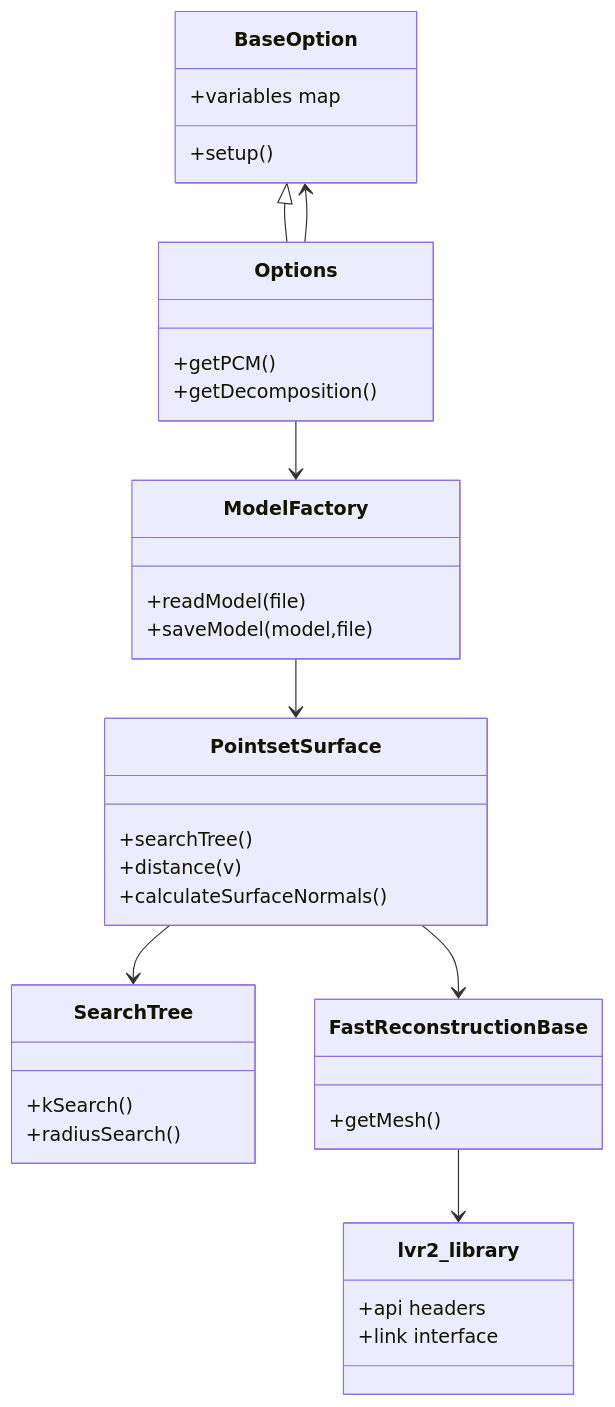
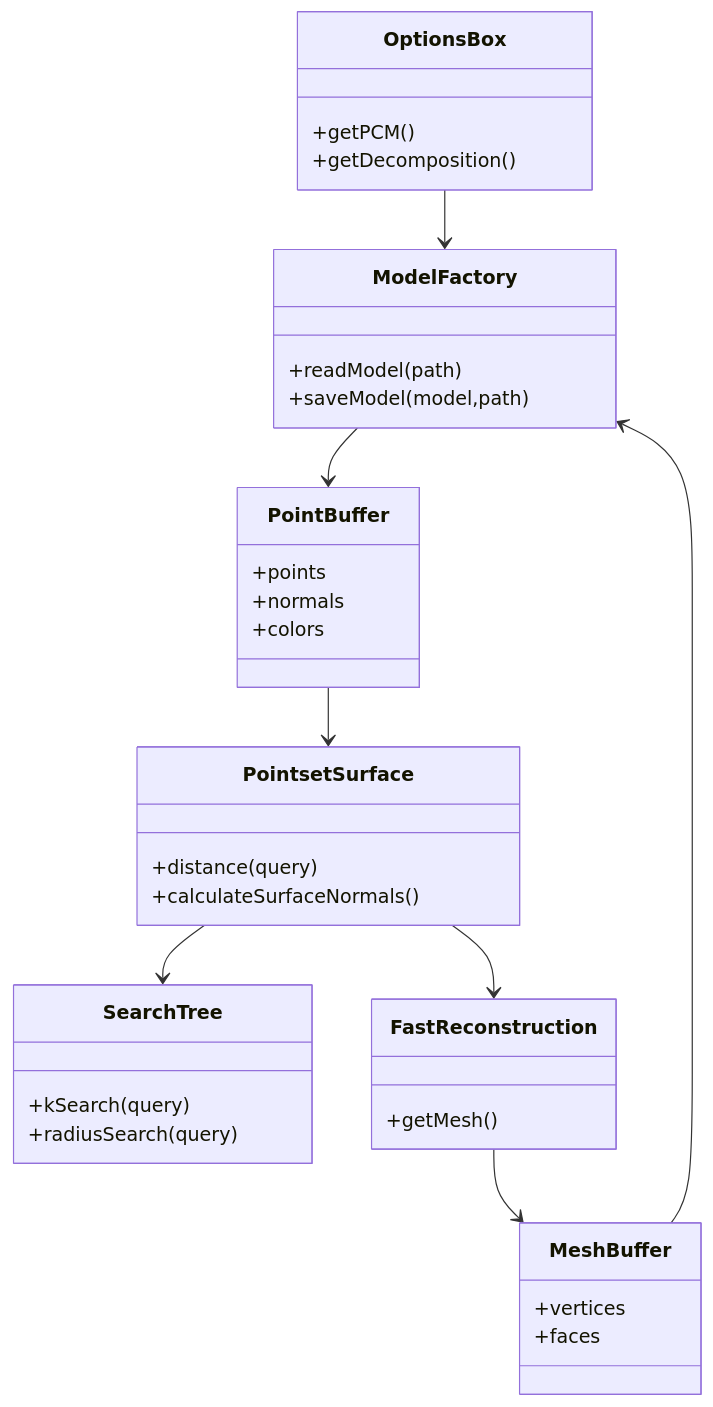
The second of 3 diagrams in docs/architecture.md (LVR-3/lvr3), drawn with Mermaid before and after one commit. The commit also changed other lines of this file and 4 other files, not shown here.

````diff
--- a/docs/architecture.md
+++ b/docs/architecture.md
@@ -42,38 +43,39 @@
 ```mermaid
 classDiagram
-    class BaseOption {
-      +variables map
-      +setup()
-    }
-    class Options {
+    class OptionsBox {
       +getPCM()
       +getDecomposition()
     }
     class ModelFactory {
-      +readModel(file)
-      +saveModel(model,file)
+      +readModel(path)
+      +saveModel(model,path)
+    }
+    class PointBuffer {
+      +points
+      +normals
+      +colors
     }
     class PointsetSurface {
-      +searchTree()
-      +distance(v)
+      +distance(query)
       +calculateSurfaceNormals()
     }
     class SearchTree {
-      +kSearch()
-      +radiusSearch()
+      +kSearch(query)
+      +radiusSearch(query)
     }
-    class FastReconstructionBase {
+    class FastReconstruction {
       +getMesh()
     }
-    class lvr2_library {
-      +api headers
-      +link interface
+    class MeshBuffer {
+      +vertices
+      +faces
     }
-    BaseOption <|-- Options
-    Options --> BaseOption
-    Options --> ModelFactory
-    ModelFactory --> PointsetSurface
+
+    OptionsBox --> ModelFactory
+    ModelFactory --> PointBuffer
+    PointBuffer --> PointsetSurface
     PointsetSurface --> SearchTree
-    PointsetSurface --> FastReconstructionBase
-    FastReconstructionBase --> lvr2_library
+    PointsetSurface --> FastReconstruction
+    FastReconstruction --> MeshBuffer
+    MeshBuffer --> ModelFactory
 ```
````
